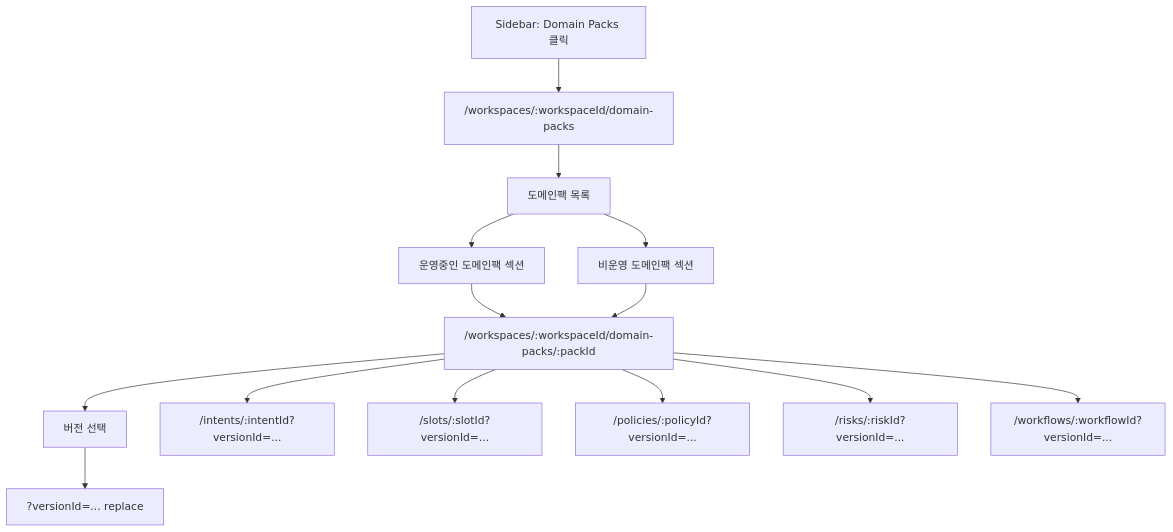
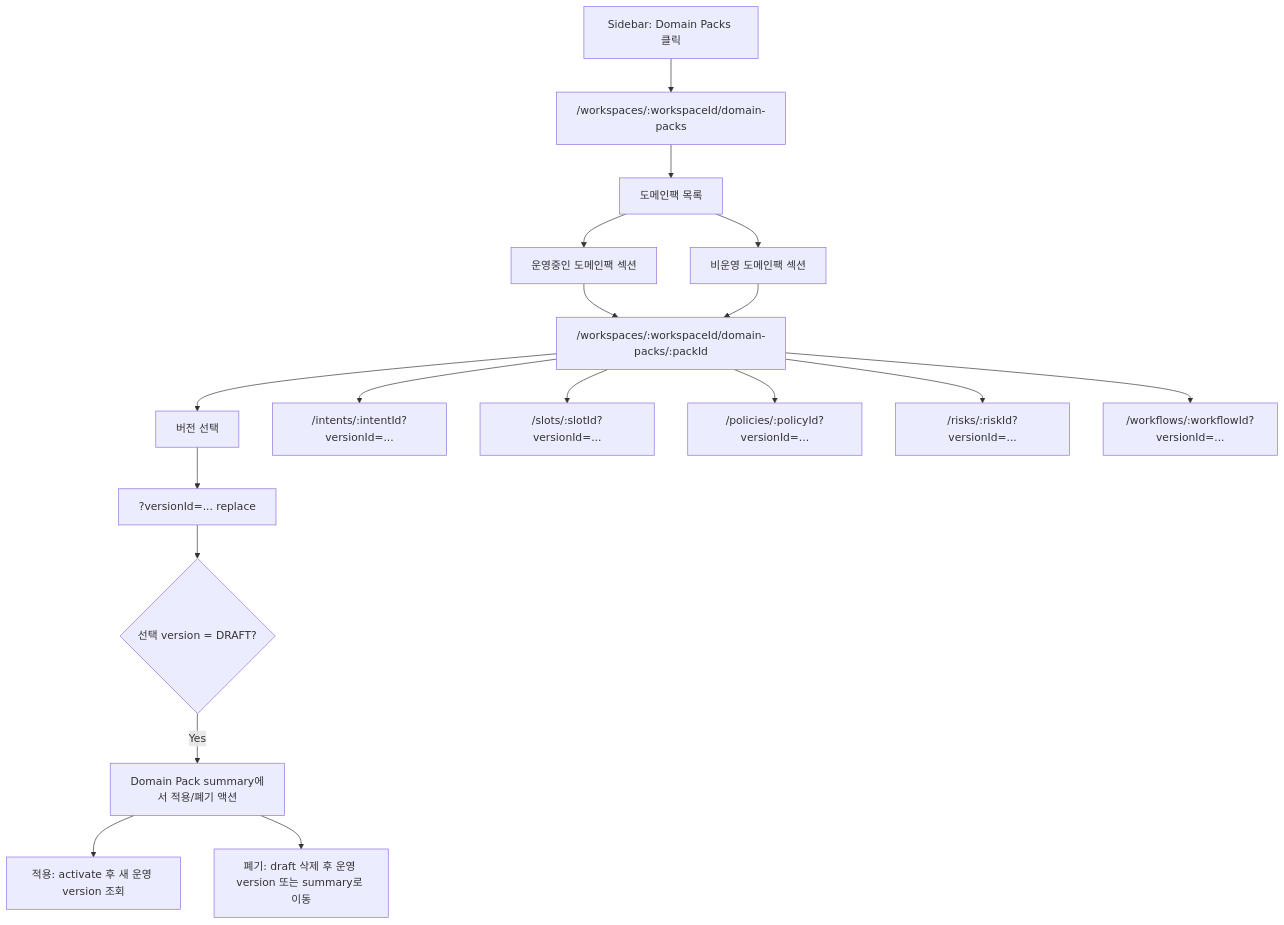
One commit to ajou-2026-1-capstone-5/ostone changed the diagram in .agent/specs/512.md. Above: the diagram before and after it, drawn with Mermaid. The commit also changed other lines of this file and 3 other files, not shown here.

Commit message:
docs(domain-pack): document workflow draft edit flow

````diff
--- a/.agent/specs/512.md
+++ b/.agent/specs/512.md
@@ -32,16 +34,20 @@
 ```mermaid
 flowchart TD
     A["Sidebar: Domain Packs 클릭"] --> B["/workspaces/:workspaceId/domain-packs"]
     B --> C["도메인팩 목록"]
     C --> D["운영중인 도메인팩 섹션"]
     C --> E["비운영 도메인팩 섹션"]
     D --> F["/workspaces/:workspaceId/domain-packs/:packId"]
     E --> F
     F --> G["버전 선택"]
     G --> H["?versionId=... replace"]
+    H --> N{"선택 version = DRAFT?"}
+    N -->|Yes| O["Domain Pack summary에서 적용/폐기 액션"]
+    O --> P["적용: activate 후 새 운영 version 조회"]
+    O --> Q["폐기: draft 삭제 후 운영 version 또는 summary로 이동"]
     F --> I["/intents/:intentId?versionId=..."]
     F --> J["/slots/:slotId?versionId=..."]
     F --> K["/policies/:policyId?versionId=..."]
     F --> L["/risks/:riskId?versionId=..."]
     F --> M["/workflows/:workflowId?versionId=..."]
 ```
````
